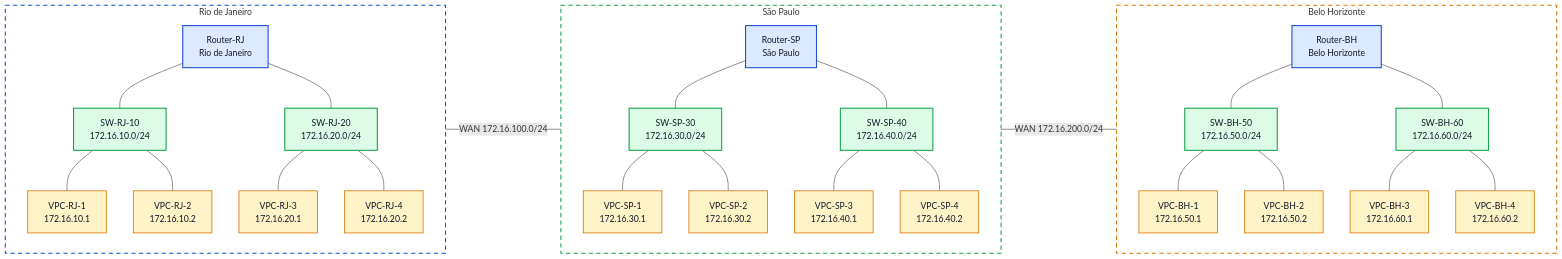
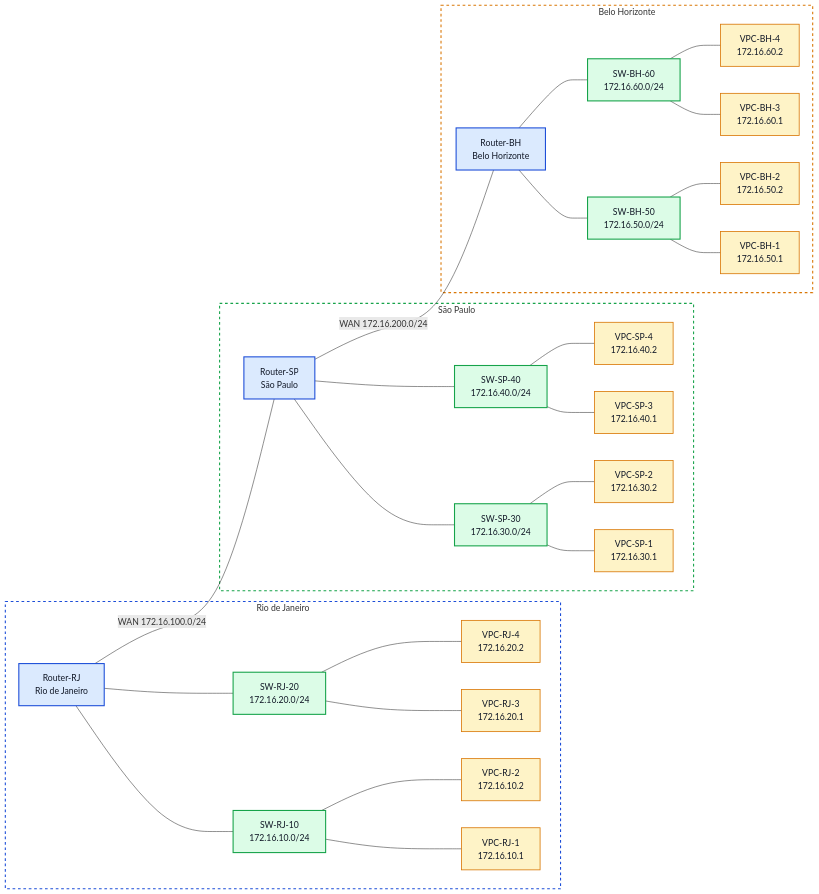
Before and after one commit to peotta/PTR: the diagram in labs/lab05.md, drawn with Mermaid. The commit also changed other lines of this file and 10 other files, not shown here.

````diff
--- a/labs/lab05.md
+++ b/labs/lab05.md
@@ -82,31 +82,20 @@
 ```mermaid
 flowchart LR
-  %% =========================
-  %% Roteadores
-  %% =========================
-  RJR["Router-RJ<br/>Rio de Janeiro"]
-  SPR["Router-SP<br/>São Paulo"]
-  BHR["Router-BH<br/>Belo Horizonte"]
-
-  RJR ---|WAN 172.16.100.0/24| SPR
-  SPR ---|WAN 172.16.200.0/24| BHR
-
   %% =========================
   %% Rio de Janeiro
   %% =========================
   subgraph RJ["Rio de Janeiro"]
-    direction TB
-    RJR
-    SWRJ10["SW-RJ-10<br/>172.16.10.0/24"]
-    SWRJ20["SW-RJ-20<br/>172.16.20.0/24"]
+    RJR["Router-RJ<br>Rio de Janeiro"]
+    SWRJ10["SW-RJ-10<br>172.16.10.0/24"]
+    SWRJ20["SW-RJ-20<br>172.16.20.0/24"]
 
     RJR --- SWRJ10
     RJR --- SWRJ20
 
-    VPCRJ1["VPC-RJ-1<br/>172.16.10.1"]
-    VPCRJ2["VPC-RJ-2<br/>172.16.10.2"]
-    VPCRJ3["VPC-RJ-3<br/>172.16.20.1"]
-    VPCRJ4["VPC-RJ-4<br/>172.16.20.2"]
+    VPCRJ1["VPC-RJ-1<br>172.16.10.1"]
+    VPCRJ2["VPC-RJ-2<br>172.16.10.2"]
+    VPCRJ3["VPC-RJ-3<br>172.16.20.1"]
+    VPCRJ4["VPC-RJ-4<br>172.16.20.2"]
 
     SWRJ10 --- VPCRJ1
     SWRJ10 --- VPCRJ2
@@ -118,18 +107,17 @@
   %% São Paulo
   %% =========================
   subgraph SP["São Paulo"]
-    direction TB
-    SPR
-    SWSP30["SW-SP-30<br/>172.16.30.0/24"]
-    SWSP40["SW-SP-40<br/>172.16.40.0/24"]
+    SPR["Router-SP<br>São Paulo"]
+    SWSP30["SW-SP-30<br>172.16.30.0/24"]
+    SWSP40["SW-SP-40<br>172.16.40.0/24"]
 
     SPR --- SWSP30
     SPR --- SWSP40
 
-    VPCSP1["VPC-SP-1<br/>172.16.30.1"]
-    VPCSP2["VPC-SP-2<br/>172.16.30.2"]
-    VPCSP3["VPC-SP-3<br/>172.16.40.1"]
-    VPCSP4["VPC-SP-4<br/>172.16.40.2"]
+    VPCSP1["VPC-SP-1<br>172.16.30.1"]
+    VPCSP2["VPC-SP-2<br>172.16.30.2"]
+    VPCSP3["VPC-SP-3<br>172.16.40.1"]
+    VPCSP4["VPC-SP-4<br>172.16.40.2"]
 
     SWSP30 --- VPCSP1
     SWSP30 --- VPCSP2
@@ -141,24 +129,29 @@
   %% Belo Horizonte
   %% =========================
   subgraph BH["Belo Horizonte"]
-    direction TB
-    BHR
-    SWBH50["SW-BH-50<br/>172.16.50.0/24"]
-    SWBH60["SW-BH-60<br/>172.16.60.0/24"]
+    BHR["Router-BH<br>Belo Horizonte"]
+    SWBH50["SW-BH-50<br>172.16.50.0/24"]
+    SWBH60["SW-BH-60<br>172.16.60.0/24"]
 
     BHR --- SWBH50
     BHR --- SWBH60
 
-    VPCBH1["VPC-BH-1<br/>172.16.50.1"]
-    VPCBH2["VPC-BH-2<br/>172.16.50.2"]
-    VPCBH3["VPC-BH-3<br/>172.16.60.1"]
-    VPCBH4["VPC-BH-4<br/>172.16.60.2"]
+    VPCBH1["VPC-BH-1<br>172.16.50.1"]
+    VPCBH2["VPC-BH-2<br>172.16.50.2"]
+    VPCBH3["VPC-BH-3<br>172.16.60.1"]
+    VPCBH4["VPC-BH-4<br>172.16.60.2"]
 
     SWBH50 --- VPCBH1
     SWBH50 --- VPCBH2
     SWBH60 --- VPCBH3
     SWBH60 --- VPCBH4
   end
+
+  %% =========================
+  %% Interligações WAN
+  %% =========================
+  RJR -- "WAN 172.16.100.0/24" --- SPR
+  SPR -- "WAN 172.16.200.0/24" --- BHR
 
   %% =========================
   %% Cores dos equipamentos
@@ -174,7 +167,7 @@
   %% =========================
   %% Blocos dos estados
   %% =========================
-  style RJ fill:transparent,stroke:#1d4ed8,stroke-width:2px,stroke-dasharray: 8 6
-  style SP fill:transparent,stroke:#16a34a,stroke-width:2px,stroke-dasharray: 8 6
-  style BH fill:transparent,stroke:#d97706,stroke-width:2px,stroke-dasharray: 8 6
+  style RJ fill:transparent,stroke:#1d4ed8,stroke-width:2px,stroke-dasharray:5,5
+  style SP fill:transparent,stroke:#16a34a,stroke-width:2px,stroke-dasharray:5,5
+  style BH fill:transparent,stroke:#d97706,stroke-width:2px,stroke-dasharray:5,5
 ```
````
